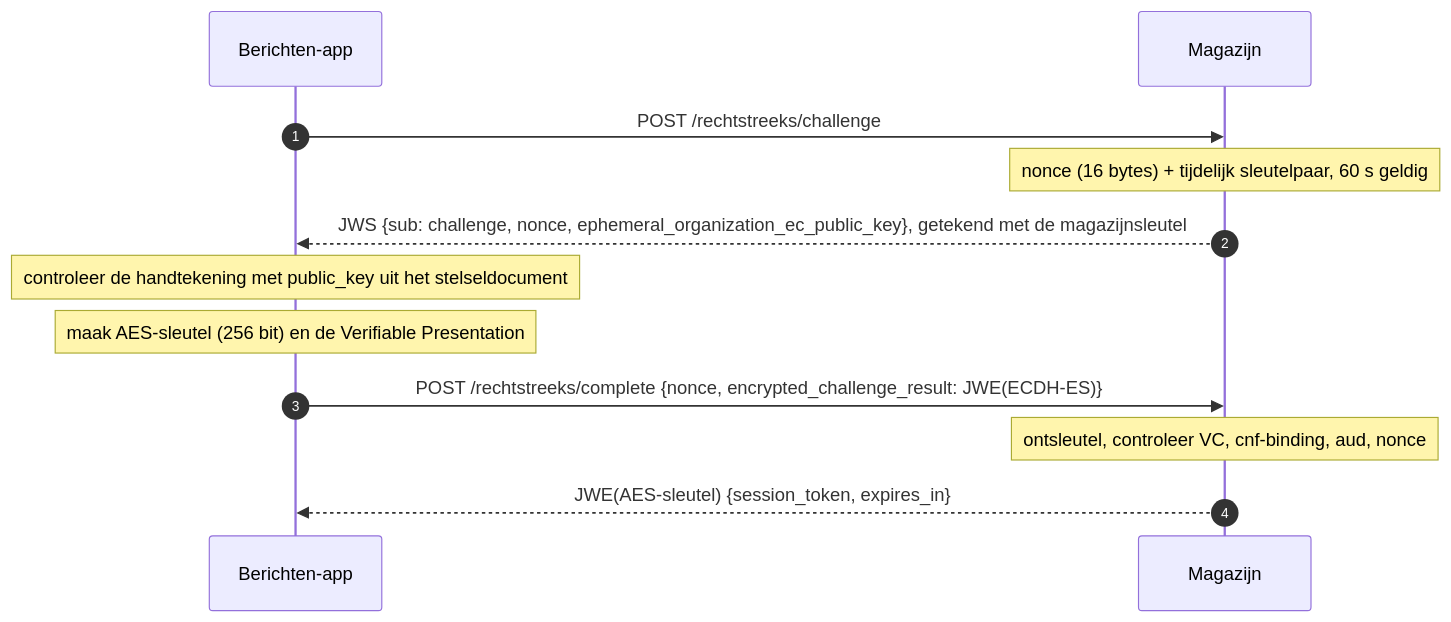
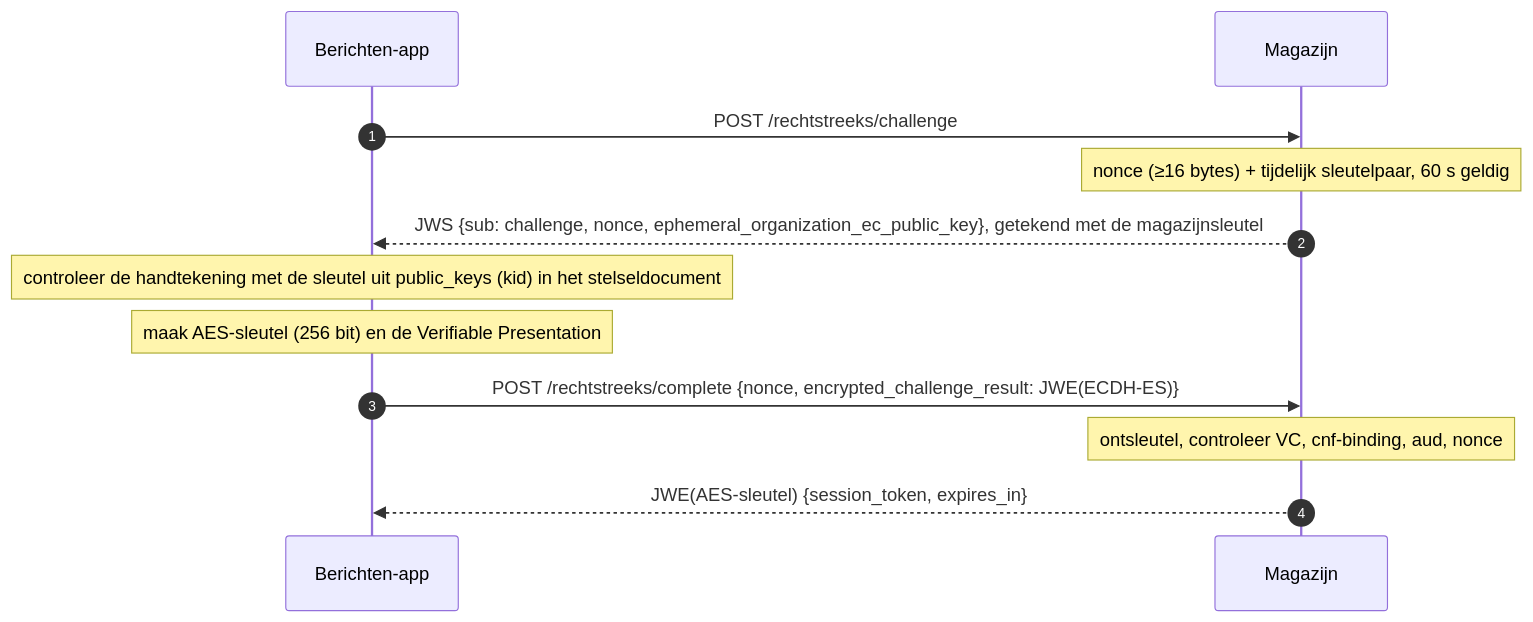
The second of 3 diagrams in docs/plans/2026-10-27-rechtstreeks-ophalen-design.md (MinBZK/moza-poc-fbs-berichtenbox), drawn with Mermaid before and after one commit. The commit also changed other lines of this file and 1 other file, not shown here.

````diff
--- a/docs/plans/2026-10-27-rechtstreeks-ophalen-design.md
+++ b/docs/plans/2026-10-27-rechtstreeks-ophalen-design.md
@@ -109,14 +118,14 @@
 ```mermaid
 sequenceDiagram
     autonumber
     participant App as Berichten-app
     participant M as Magazijn
     App->>M: POST /rechtstreeks/challenge
-    Note over M: nonce (16 bytes) + tijdelijk sleutelpaar, 60 s geldig
+    Note over M: nonce (≥16 bytes) + tijdelijk sleutelpaar, 60 s geldig
     M-->>App: JWS {sub: challenge, nonce, ephemeral_organization_ec_public_key}, getekend met de magazijnsleutel
-    Note over App: controleer de handtekening met public_key uit het stelseldocument
+    Note over App: controleer de handtekening met de sleutel uit public_keys (kid) in het stelseldocument
     Note over App: maak AES-sleutel (256 bit) en de Verifiable Presentation
     App->>M: POST /rechtstreeks/complete {nonce, encrypted_challenge_result: JWE(ECDH-ES)}
     Note over M: ontsleutel, controleer VC, cnf-binding, aud, nonce
     M-->>App: JWE(AES-sleutel) {session_token, expires_in}
 ```
````
